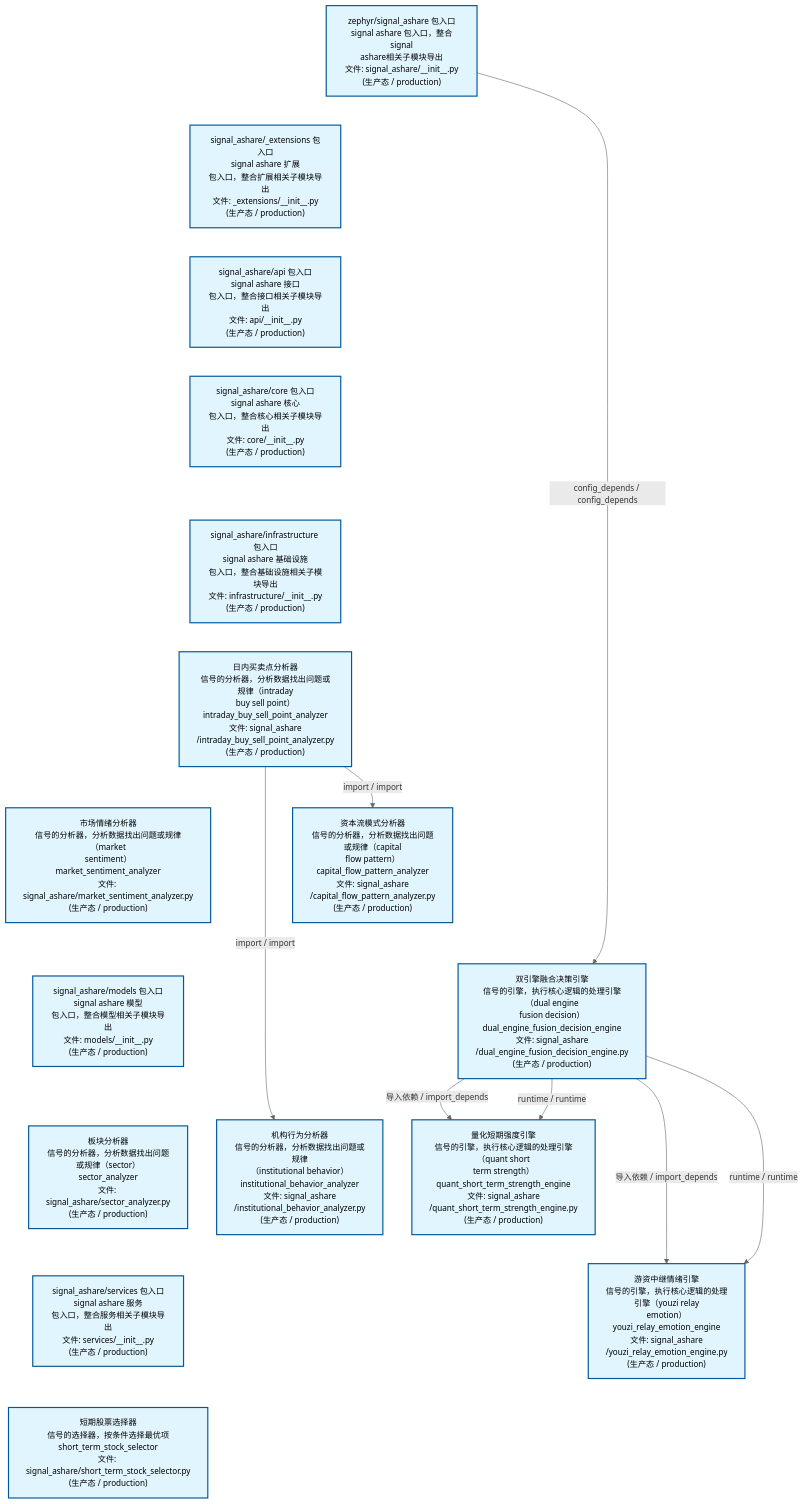
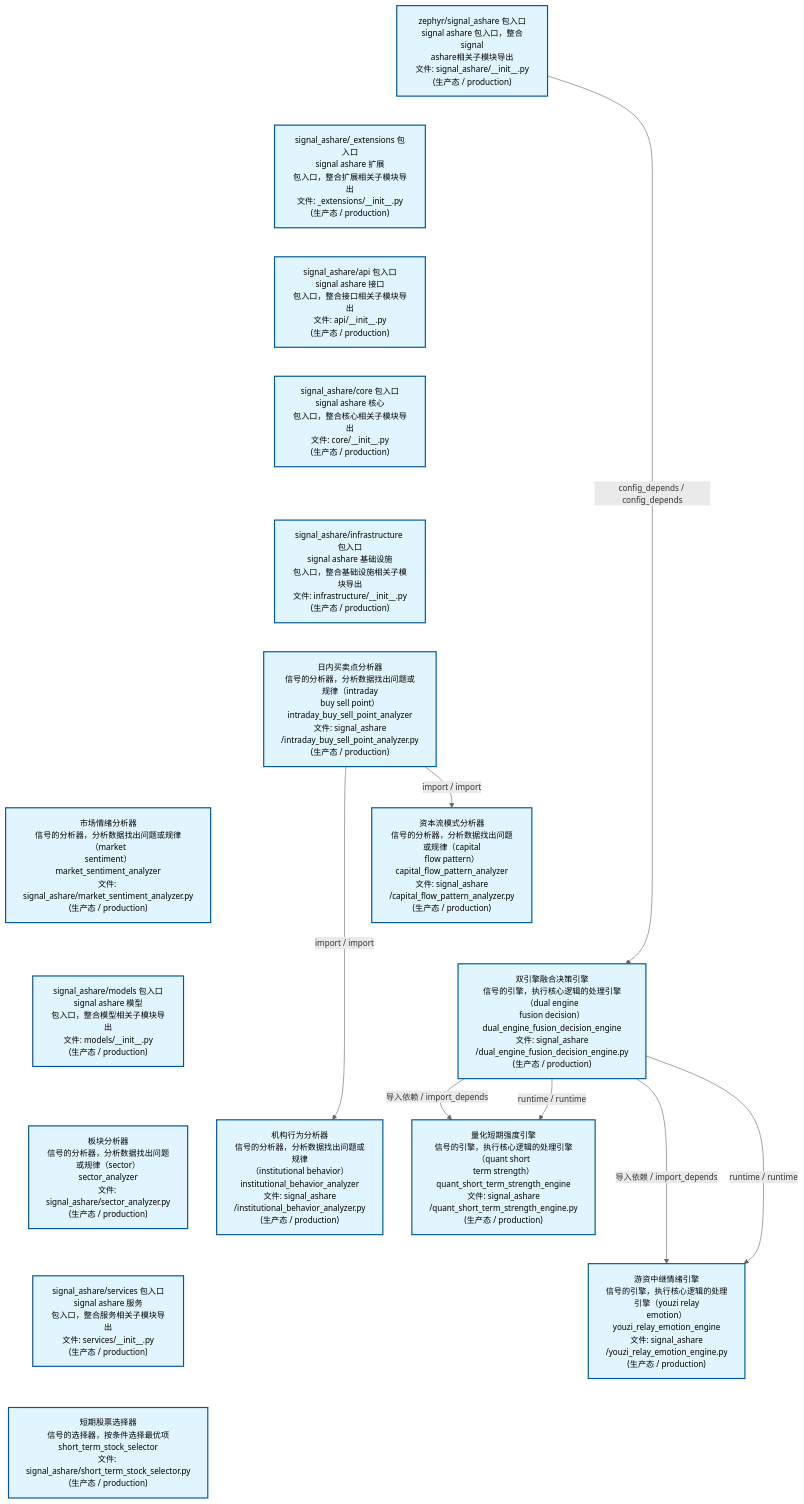
The second of 4 diagrams in docs/02_enterprise_architecture/02_domain_architecture_docs/32_d_ashare_signal.md (xuanFelixVan/ZephyrAlpha), drawn with Mermaid before and after one commit. The commit also changed other lines of this file and 44 other files, not shown here.

````diff
--- a/docs/02_enterprise_architecture/02_domain_architecture_docs/32_d_ashare_signal.md
+++ b/docs/02_enterprise_architecture/02_domain_architecture_docs/32_d_ashare_signal.md
@@ -137,45 +137,45 @@
 ```mermaid
 %%{init: {'theme': 'base', 'themeVariables': {'primaryColor': '#eaeaea', 'primaryTextColor': '#333333', 'primaryBorderColor': '#666666', 'lineColor': '#666666', 'secondaryColor': '#eaeaea', 'tertiaryColor': '#eaeaea', 'fontSize': '14px'}}}%%
 flowchart TD
     src_zephyr_signal_ashare_init_py["zephyr/signal_ashare 包入口<br/>signal ashare 包入口，整合signal<br/>ashare相关子模块导出<br/>文件: signal_ashare/__init__.py<br/>(生产态 / production)"]
     src_zephyr_signal_ashare_extensions_init_py["signal_ashare/_extensions 包入口<br/>signal ashare 扩展<br/>包入口，整合扩展相关子模块导出<br/>文件: _extensions/__init__.py<br/>(生产态 / production)"]
     src_zephyr_signal_ashare_api_init_py["signal_ashare/api 包入口<br/>signal ashare 接口<br/>包入口，整合接口相关子模块导出<br/>文件: api/__init__.py<br/>(生产态 / production)"]
     src_zephyr_signal_ashare_core_init_py["signal_ashare/core 包入口<br/>signal ashare 核心<br/>包入口，整合核心相关子模块导出<br/>文件: core/__init__.py<br/>(生产态 / production)"]
     src_zephyr_signal_ashare_infrastructure_init_py["signal_ashare/infrastructure 包入口<br/>signal ashare 基础设施<br/>包入口，整合基础设施相关子模块导出<br/>文件: infrastructure/__init__.py<br/>(生产态 / production)"]
     src_zephyr_signal_ashare_intraday_buy_sell_point_analyzer_py["日内买卖点分析器<br/>信号的分析器，分析数据找出问题或规律（intraday<br/>buy sell point）<br/>intraday_buy_sell_point_analyzer<br/>文件: signal_ashare<br/>/intraday_buy_sell_point_analyzer.py<br/>(生产态 / production)"]
     src_zephyr_signal_ashare_market_sentiment_analyzer_py["市场情绪分析器<br/>信号的分析器，分析数据找出问题或规律（market<br/>sentiment）<br/>market_sentiment_analyzer<br/>文件: signal_ashare/market_sentiment_analyzer.py<br/>(生产态 / production)"]
     src_zephyr_signal_ashare_models_init_py["signal_ashare/models 包入口<br/>signal ashare 模型<br/>包入口，整合模型相关子模块导出<br/>文件: models/__init__.py<br/>(生产态 / production)"]
     src_zephyr_signal_ashare_sector_analyzer_py["板块分析器<br/>信号的分析器，分析数据找出问题或规律（sector）<br/>sector_analyzer<br/>文件: signal_ashare/sector_analyzer.py<br/>(生产态 / production)"]
     src_zephyr_signal_ashare_services_init_py["signal_ashare/services 包入口<br/>signal ashare 服务<br/>包入口，整合服务相关子模块导出<br/>文件: services/__init__.py<br/>(生产态 / production)"]
     src_zephyr_signal_ashare_short_term_stock_selector_py["短期股票选择器<br/>信号的选择器，按条件选择最优项<br/>short_term_stock_selector<br/>文件: signal_ashare/short_term_stock_selector.py<br/>(生产态 / production)"]
     src_zephyr_signal_ashare_init_py ~~~ src_zephyr_signal_ashare_extensions_init_py
     src_zephyr_signal_ashare_extensions_init_py ~~~ src_zephyr_signal_ashare_api_init_py
     src_zephyr_signal_ashare_api_init_py ~~~ src_zephyr_signal_ashare_core_init_py
     src_zephyr_signal_ashare_core_init_py ~~~ src_zephyr_signal_ashare_infrastructure_init_py
     src_zephyr_signal_ashare_infrastructure_init_py ~~~ src_zephyr_signal_ashare_intraday_buy_sell_point_analyzer_py
     src_zephyr_signal_ashare_intraday_buy_sell_point_analyzer_py ~~~ src_zephyr_signal_ashare_market_sentiment_analyzer_py
     src_zephyr_signal_ashare_market_sentiment_analyzer_py ~~~ src_zephyr_signal_ashare_models_init_py
     src_zephyr_signal_ashare_models_init_py ~~~ src_zephyr_signal_ashare_sector_analyzer_py
     src_zephyr_signal_ashare_sector_analyzer_py ~~~ src_zephyr_signal_ashare_services_init_py
     src_zephyr_signal_ashare_services_init_py ~~~ src_zephyr_signal_ashare_short_term_stock_selector_py
     src_zephyr_signal_ashare_capital_flow_pattern_analyzer_py["资本流模式分析器<br/>信号的分析器，分析数据找出问题或规律（capital<br/>flow pattern）<br/>capital_flow_pattern_analyzer<br/>文件: signal_ashare<br/>/capital_flow_pattern_analyzer.py<br/>(生产态 / production)"]
     src_zephyr_signal_ashare_dual_engine_fusion_decision_engine_py["双引擎融合决策引擎<br/>信号的引擎，执行核心逻辑的处理引擎（dual engine<br/>fusion decision）<br/>dual_engine_fusion_decision_engine<br/>文件: signal_ashare<br/>/dual_engine_fusion_decision_engine.py<br/>(生产态 / production)"]
     src_zephyr_signal_ashare_institutional_behavior_analyzer_py["机构行为分析器<br/>信号的分析器，分析数据找出问题或规律<br/>（institutional behavior）<br/>institutional_behavior_analyzer<br/>文件: signal_ashare<br/>/institutional_behavior_analyzer.py<br/>(生产态 / production)"]
     src_zephyr_signal_ashare_capital_flow_pattern_analyzer_py ~~~ src_zephyr_signal_ashare_dual_engine_fusion_decision_engine_py
     src_zephyr_signal_ashare_dual_engine_fusion_decision_engine_py ~~~ src_zephyr_signal_ashare_institutional_behavior_analyzer_py
     src_zephyr_signal_ashare_quant_short_term_strength_engine_py["量化短期强度引擎<br/>信号的引擎，执行核心逻辑的处理引擎（quant short<br/>term strength）<br/>quant_short_term_strength_engine<br/>文件: signal_ashare<br/>/quant_short_term_strength_engine.py<br/>(生产态 / production)"]
     src_zephyr_signal_ashare_youzi_relay_emotion_engine_py["游资中继情绪引擎<br/>信号的引擎，执行核心逻辑的处理引擎（youzi relay<br/>emotion）<br/>youzi_relay_emotion_engine<br/>文件: signal_ashare<br/>/youzi_relay_emotion_engine.py<br/>(生产态 / production)"]
     src_zephyr_signal_ashare_quant_short_term_strength_engine_py ~~~ src_zephyr_signal_ashare_youzi_relay_emotion_engine_py
     src_zephyr_signal_ashare_dual_engine_fusion_decision_engine_py -->|导入依赖 / import_depends| src_zephyr_signal_ashare_quant_short_term_strength_engine_py
     src_zephyr_signal_ashare_dual_engine_fusion_decision_engine_py -->|runtime / runtime| src_zephyr_signal_ashare_quant_short_term_strength_engine_py
     src_zephyr_signal_ashare_dual_engine_fusion_decision_engine_py -->|导入依赖 / import_depends| src_zephyr_signal_ashare_youzi_relay_emotion_engine_py
     src_zephyr_signal_ashare_dual_engine_fusion_decision_engine_py -->|runtime / runtime| src_zephyr_signal_ashare_youzi_relay_emotion_engine_py
+    src_zephyr_signal_ashare_intraday_buy_sell_point_analyzer_py -->|import / import| src_zephyr_signal_ashare_capital_flow_pattern_analyzer_py
     src_zephyr_signal_ashare_intraday_buy_sell_point_analyzer_py -->|import / import| src_zephyr_signal_ashare_institutional_behavior_analyzer_py
-    src_zephyr_signal_ashare_intraday_buy_sell_point_analyzer_py -->|import / import| src_zephyr_signal_ashare_capital_flow_pattern_analyzer_py
     src_zephyr_signal_ashare_init_py -->|config_depends / config_depends| src_zephyr_signal_ashare_dual_engine_fusion_decision_engine_py
     classDef production fill:#e1f5fe,stroke:#01579b,stroke-width:2px,color:#000
     classDef design fill:#fff3e0,stroke:#e65100,stroke-width:2px,color:#000,stroke-dasharray: 5 5
     classDef external_prod fill:#e8f4fd,stroke:#0277bd,stroke-width:1px,color:#000
     classDef external_design fill:#fff8e7,stroke:#ef6c00,stroke-width:1px,color:#000,stroke-dasharray: 5 5
     class src_zephyr_signal_ashare_init_py,src_zephyr_signal_ashare_extensions_init_py,src_zephyr_signal_ashare_api_init_py,src_zephyr_signal_ashare_capital_flow_pattern_analyzer_py,src_zephyr_signal_ashare_core_init_py,src_zephyr_signal_ashare_dual_engine_fusion_decision_engine_py,src_zephyr_signal_ashare_infrastructure_init_py,src_zephyr_signal_ashare_institutional_behavior_analyzer_py,src_zephyr_signal_ashare_intraday_buy_sell_point_analyzer_py,src_zephyr_signal_ashare_market_sentiment_analyzer_py,src_zephyr_signal_ashare_models_init_py,src_zephyr_signal_ashare_quant_short_term_strength_engine_py,src_zephyr_signal_ashare_sector_analyzer_py,src_zephyr_signal_ashare_services_init_py,src_zephyr_signal_ashare_short_term_stock_selector_py,src_zephyr_signal_ashare_youzi_relay_emotion_engine_py production
 ```
````
